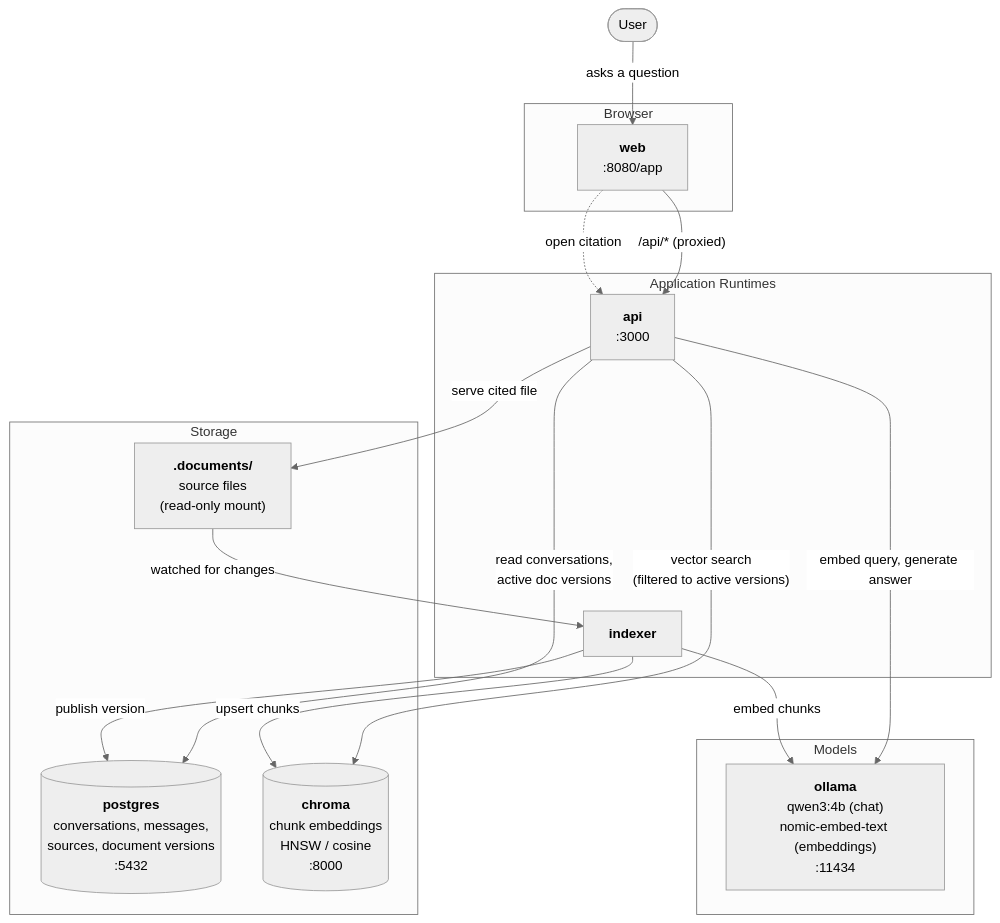
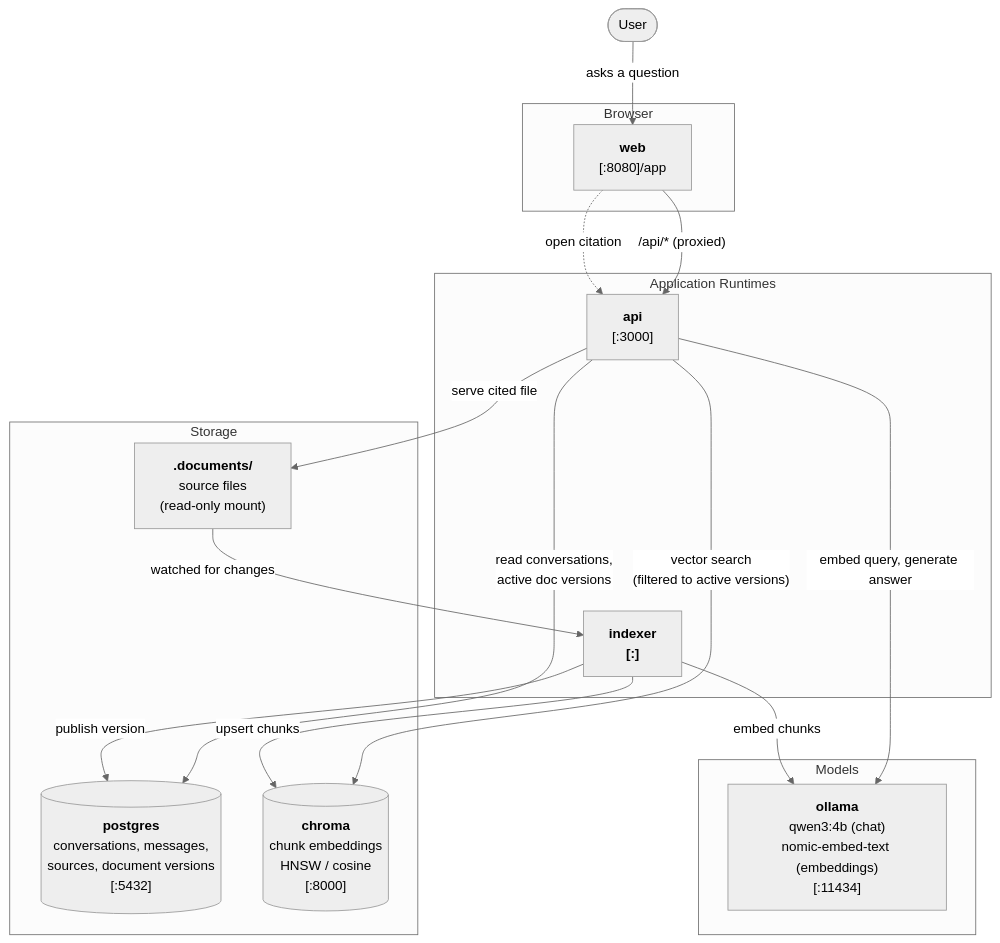
Before and after one commit to kieranroneill/docssistant: the first of 3 diagrams in README.md, drawn with Mermaid (neutral theme). The commit also changed other lines of this file and 16 other files, not shown here.

````diff
--- a/README.md
+++ b/README.md
@@ -67,38 +68,38 @@
 ```mermaid
 flowchart TB
     user([User])
 
     subgraph client["Browser"]
-        web["<b>web</b><br/>:8080/app"]
+        web["<b>web</b><br/>[:8080]/app"]
     end
 
     subgraph runtime["Application Runtimes"]
-        api["<b>api</b><br/>:3000"]
-        indexer["<b>indexer</b>"]
+        api["<b>api</b><br/>[:3000]"]
+        indexer["<b>indexer<br/>[:]</b>"]
     end
 
     subgraph models["Models"]
-        ollama["<b>ollama</b><br/>qwen3:4b (chat)<br/>nomic-embed-text (embeddings)<br/>:11434"]
+        ollama["<b>ollama</b><br/>qwen3:4b (chat)<br/>nomic-embed-text (embeddings)<br/>[:11434]"]
     end
 
     subgraph storage["Storage"]
-        postgres[("<b>postgres</b><br/>conversations, messages,<br/>sources, document versions<br/>:5432")]
-        chroma[("<b>chroma</b><br/>chunk embeddings<br/>HNSW / cosine<br/>:8000")]
+        postgres[("<b>postgres</b><br/>conversations, messages,<br/>sources, document versions<br/>[:5432]")]
+        chroma[("<b>chroma</b><br/>chunk embeddings<br/>HNSW / cosine<br/>[:8000]")]
         documents["<b>.documents/</b><br/>source files<br/>(read-only mount)"]
     end
 
     user -->|"asks a question"| web
     web -->|"/api/* (proxied)"| api
 
     api -->|"embed query, generate answer"| ollama
     api -->|"read conversations,<br/>active doc versions"| postgres
     api -->|"vector search<br/>(filtered to active versions)"| chroma
     api -->|"serve cited file"| documents
 
     documents -->|"watched for changes"| indexer
     indexer -->|"embed chunks"| ollama
     indexer -->|"upsert chunks"| chroma
     indexer -->|"publish version"| postgres
 
     web -.->|"open citation"| api
 ```
````
